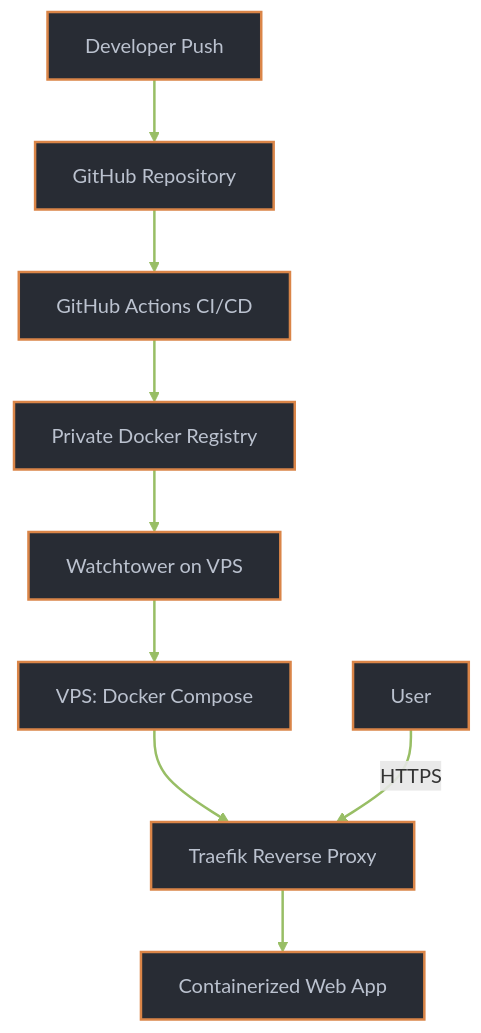
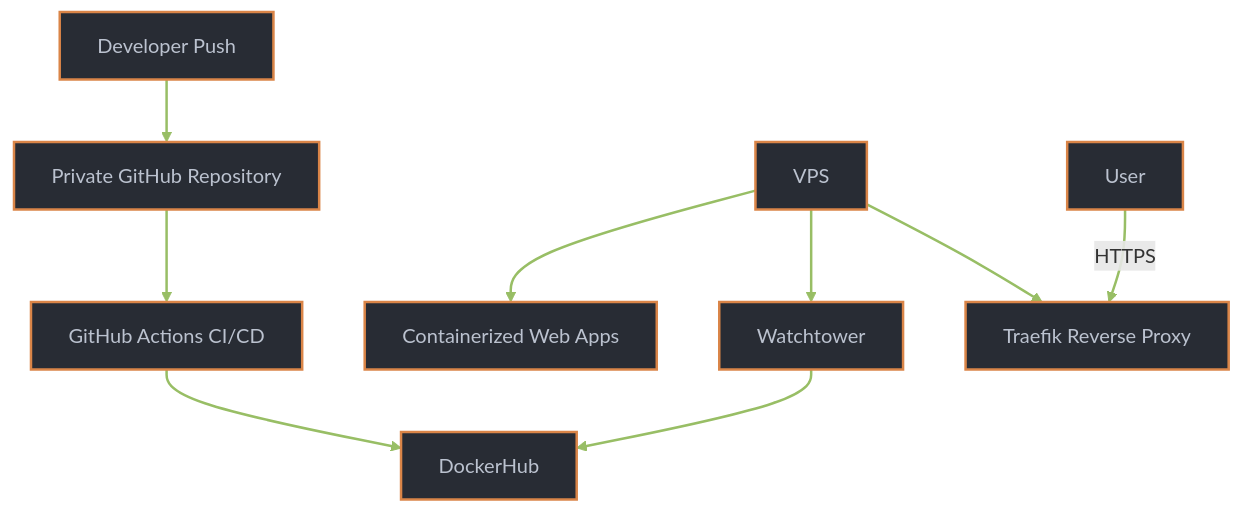
One commit to typegaro/projects changed the diagram in vps-deployment/vps-deployment.md. Above: the diagram before and after it, drawn with Mermaid.

`````diff
--- a/vps-deployment/vps-deployment.md
+++ b/vps-deployment/vps-deployment.md
@@ -11,15 +11,16 @@
 ```mermaid
 graph TD
-  Dev[Developer Push] --> GitHub[GitHub Repository]
+  Dev[Developer Push] --> GitHub[Private GitHub Repository]
   GitHub --> CI[GitHub Actions CI/CD]
   CI --> DockerHub[Private Docker Registry]
-  DockerHub --> Watchtower[Watchtower on VPS]
-  Watchtower --> VPS[VPS: Docker Compose]
   VPS --> Traefik[Traefik Reverse Proxy]
-  Traefik --> App[Containerized Web App]
+  Watchtower --> DockerHub[DockerHub]
+  VPS --> Watchtower[Watchtower]
+  VPS --> App[Containerized Web Apps]
   User[User] -->|HTTPS| Traefik
 
   linkStyle default stroke:#98be65,stroke-width:2px;
   classDef yellowBox fill:#282c34,stroke:#da8548,stroke-width:2px,color:#bbc2cf;
   class Dev,GitHub,CI,DockerHub,Watchtower,VPS,Traefik,App,User yellowBox;
+
 ````
`````
